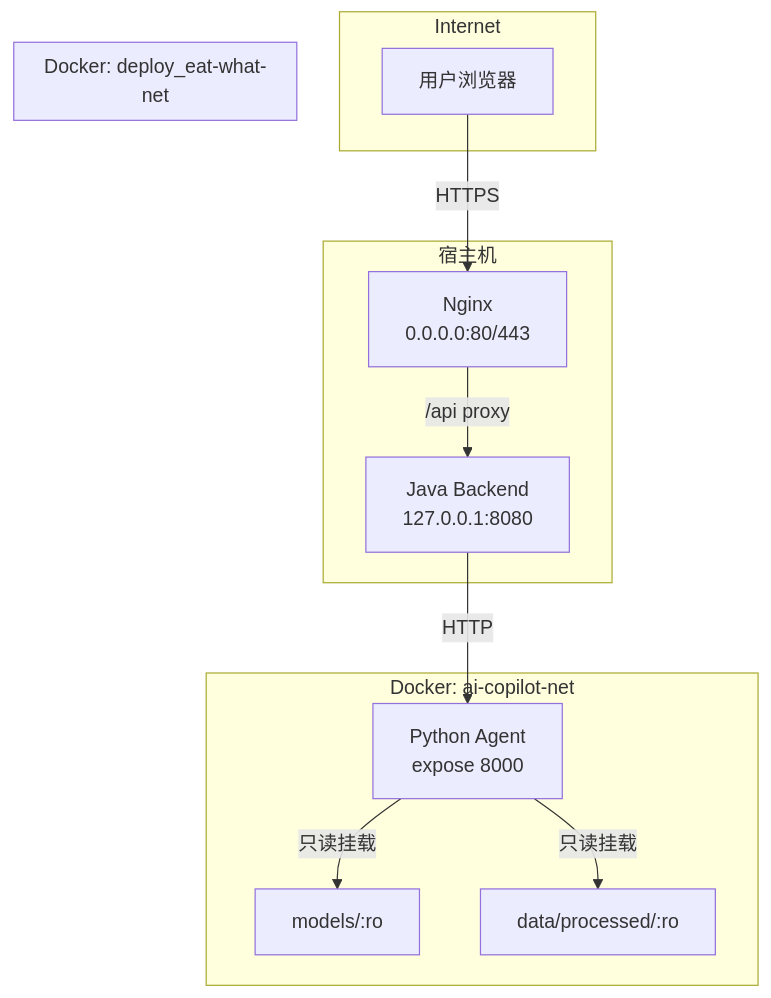
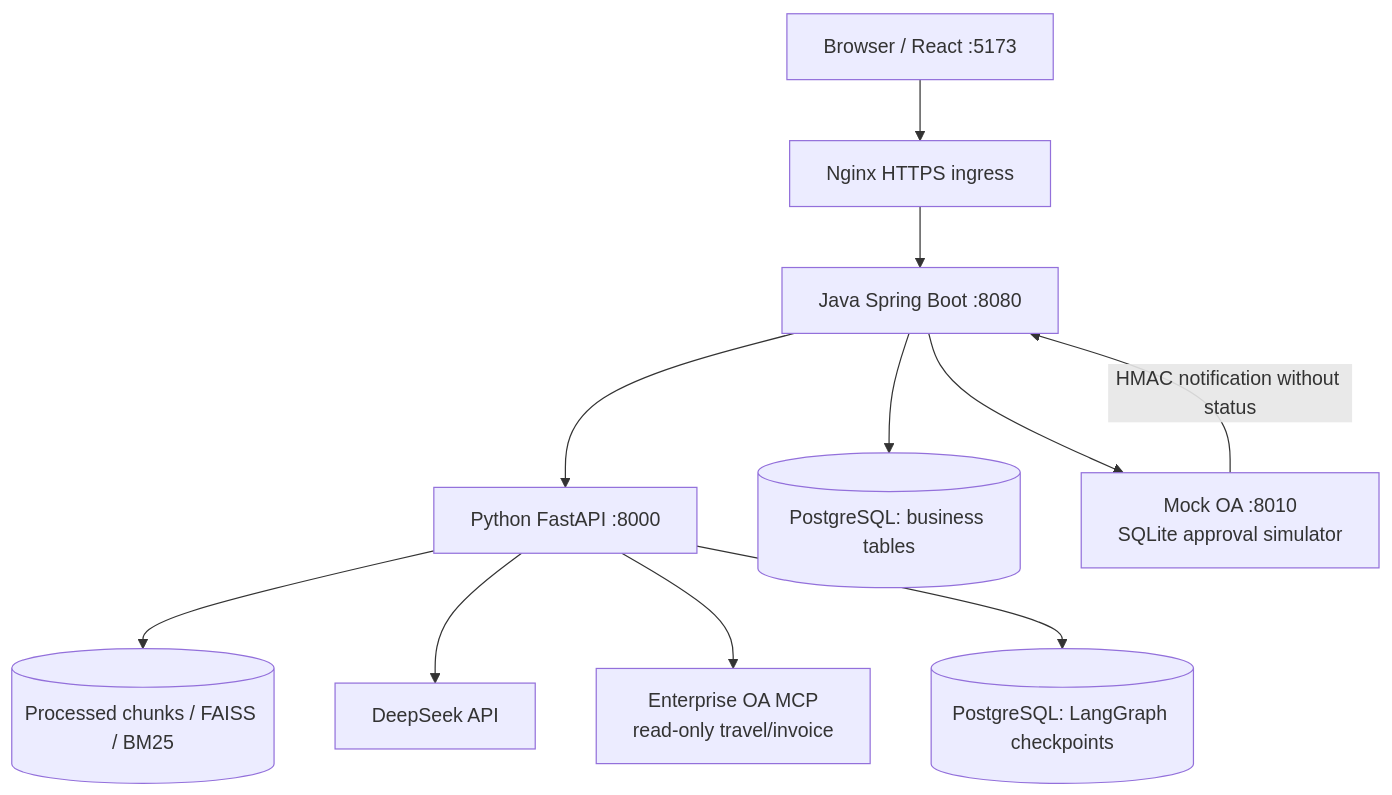
The first of 2 diagrams in docs/architecture.md (izz-BLUE/enterprise-ai-copilot), drawn with Mermaid before and after one commit. The commit also changed other lines of this file and 16 other files, not shown here.

Commit message:
docs: finalize enterprise agent architecture and interview guide

````diff
--- a/docs/architecture.md
+++ b/docs/architecture.md
@@ -558,29 +7,13 @@
 ```mermaid
-graph TD
-    subgraph Internet
-        U[用户浏览器]
-    end
-
-    subgraph Host ["宿主机"]
-        NG[Nginx<br/>0.0.0.0:80/443]
-        J[Java Backend<br/>127.0.0.1:8080]
-    end
-
-    subgraph Net1 ["Docker: deploy_eat-what-net"]
-        NG
-        J
-    end
-
-    subgraph Net2 ["Docker: ai-copilot-net"]
-        J
-        P[Python Agent<br/>expose 8000]
-        M[models/:ro]
-        D[data/processed/:ro]
-    end
-
-    U -->|HTTPS| NG
-    NG -->|/api proxy| J
-    J -->|HTTP| P
-    P -->|只读挂载| M
-    P -->|只读挂载| D
+flowchart TB
+    B[Browser / React :5173] --> N[Nginx HTTPS ingress]
+    N --> J[Java Spring Boot :8080]
+    J --> P[Python FastAPI :8000]
+    J --> DB[(PostgreSQL: business tables)]
+    P --> IDX[(Processed chunks / FAISS / BM25)]
+    P --> LLM[DeepSeek API]
+    P --> MCP[Enterprise OA MCP<br/>read-only travel/invoice]
+    J --> OA[Mock OA :8010<br/>SQLite approval simulator]
+    OA -->|HMAC notification without status| J
+    P --> CP[(PostgreSQL: LangGraph checkpoints)]
 ```
````
